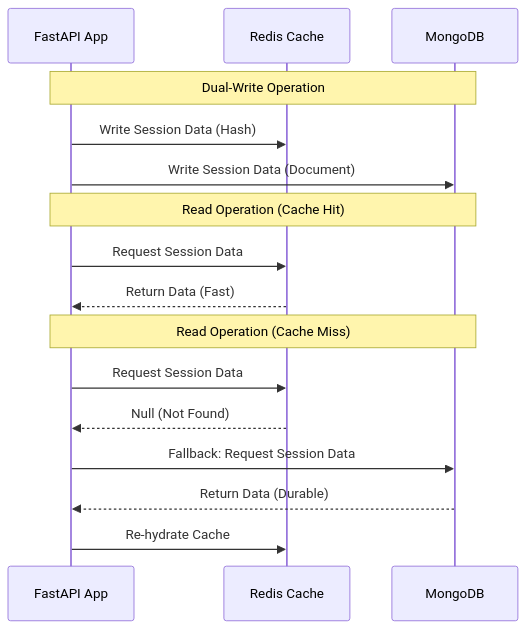
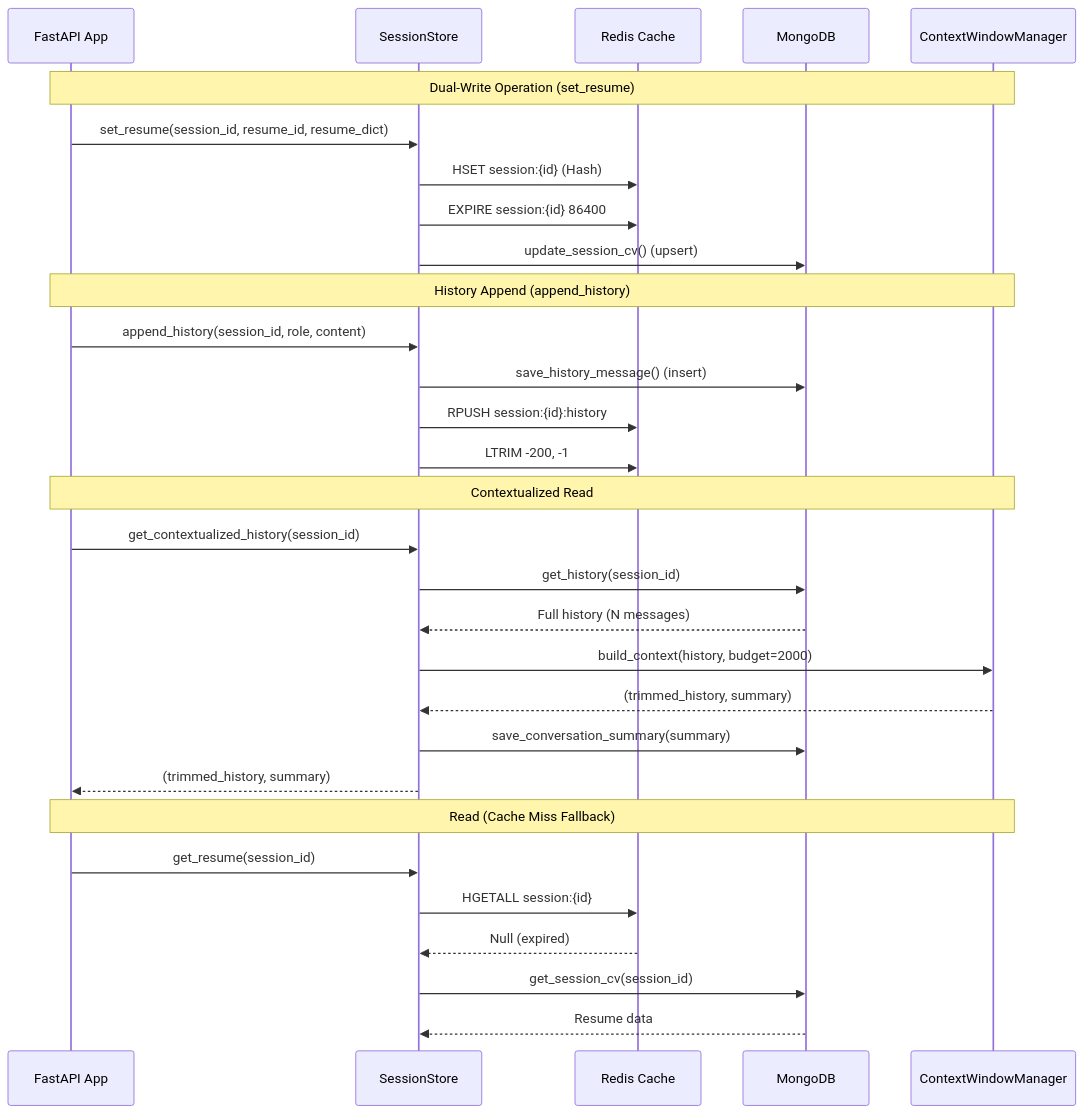
The second of 3 diagrams in chapter_3_thesis_1.md (Vinhnguyen1227/Job-Market-Analytics-Platform), drawn with Mermaid before and after one commit. The commit also changed other lines of this file and 36 other files, not shown here.

````diff
--- a/chapter_3_thesis_1.md
+++ b/chapter_3_thesis_1.md
@@ -31,21 +133,36 @@
 ```mermaid
 sequenceDiagram
     participant App as FastAPI App
+    participant SS as SessionStore
     participant Redis as Redis Cache
     participant Mongo as MongoDB
-    
-    Note over App, Mongo: Dual-Write Operation
-    App->>Redis: Write Session Data (Hash)
-    App->>Mongo: Write Session Data (Document)
-    
-    Note over App, Mongo: Read Operation (Cache Hit)
-    App->>Redis: Request Session Data
-    Redis-->>App: Return Data (Fast)
-    
-    Note over App, Mongo: Read Operation (Cache Miss)
-    App->>Redis: Request Session Data
-    Redis-->>App: Null (Not Found)
-    App->>Mongo: Fallback: Request Session Data
-    Mongo-->>App: Return Data (Durable)
-    App->>Redis: Re-hydrate Cache
+    participant CWM as ContextWindowManager
+
+    Note over App, CWM: Dual-Write Operation (set_resume)
+    App->>SS: set_resume(session_id, resume_id, resume_dict)
+    SS->>Redis: HSET session:{id} (Hash)
+    SS->>Redis: EXPIRE session:{id} 86400
+    SS->>Mongo: update_session_cv() (upsert)
+
+    Note over App, CWM: History Append (append_history)
+    App->>SS: append_history(session_id, role, content)
+    SS->>Mongo: save_history_message() (insert)
+    SS->>Redis: RPUSH session:{id}:history
+    SS->>Redis: LTRIM -200, -1
+
+    Note over App, CWM: Contextualized Read
+    App->>SS: get_contextualized_history(session_id)
+    SS->>Mongo: get_history(session_id)
+    Mongo-->>SS: Full history (N messages)
+    SS->>CWM: build_context(history, budget=2000)
+    CWM-->>SS: (trimmed_history, summary)
+    SS->>Mongo: save_conversation_summary(summary)
+    SS-->>App: (trimmed_history, summary)
+
+    Note over App, CWM: Read (Cache Miss Fallback)
+    App->>SS: get_resume(session_id)
+    SS->>Redis: HGETALL session:{id}
+    Redis-->>SS: Null (expired)
+    SS->>Mongo: get_session_cv(session_id)
+    Mongo-->>SS: Resume data
 ```
````
